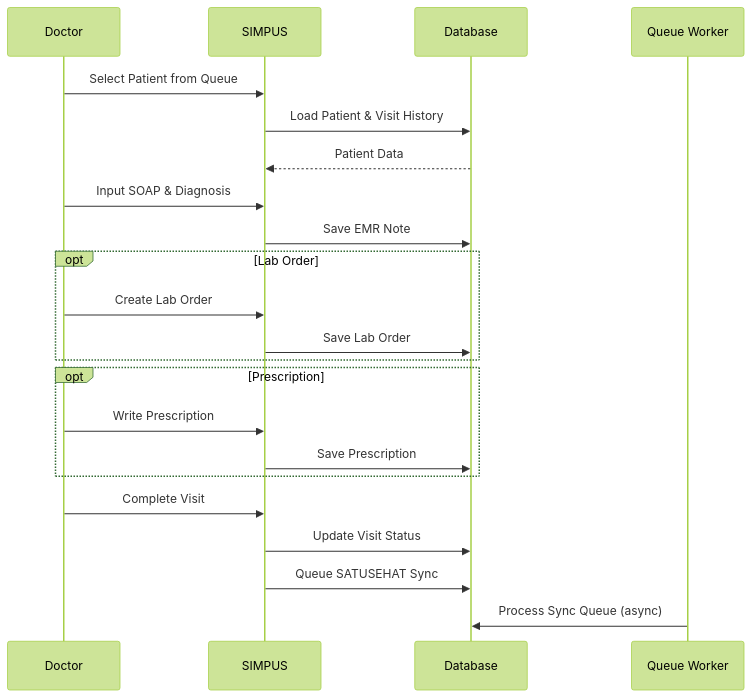
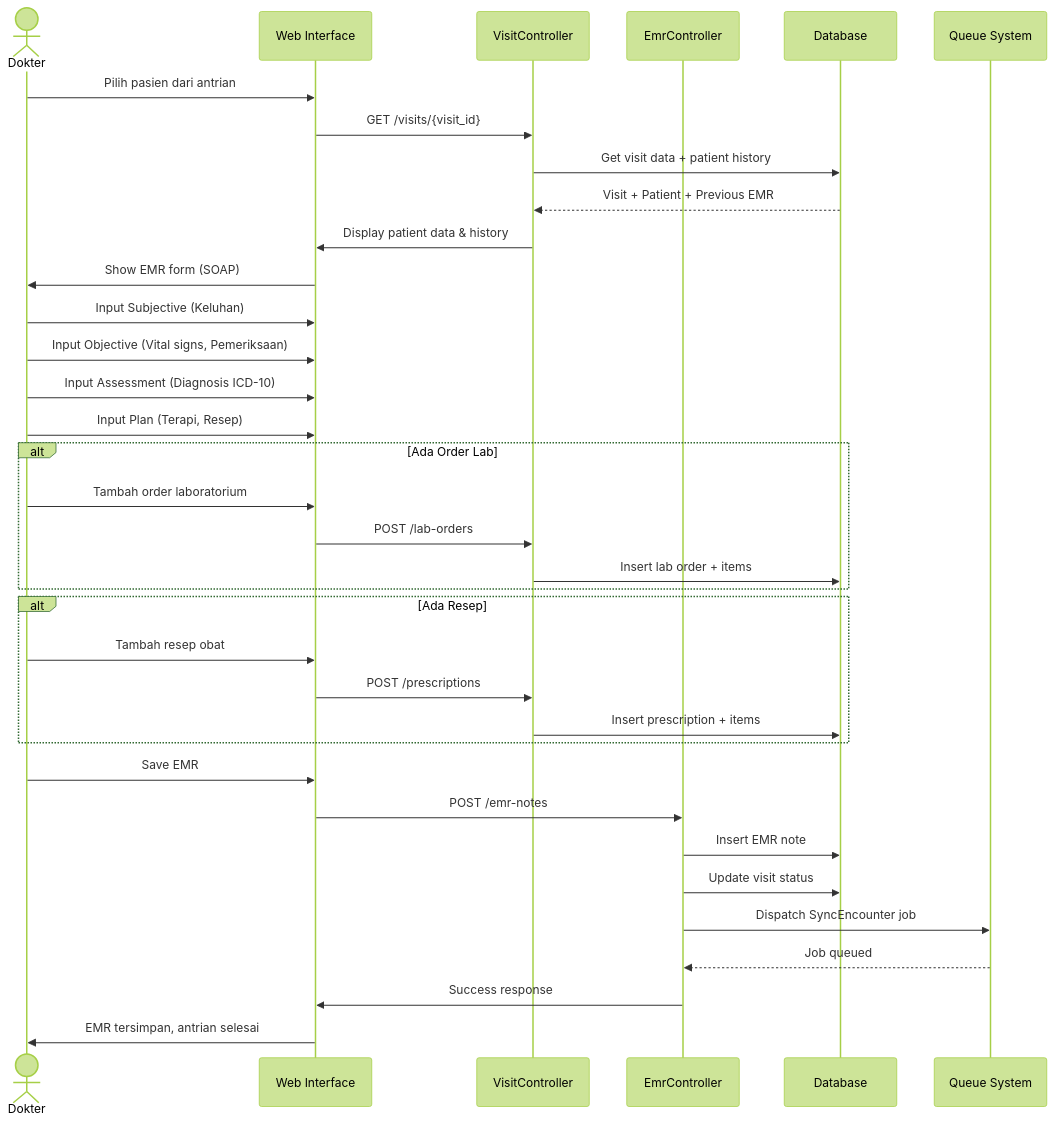
Before and after one commit to Haluluya/Simpus: the ninth of 12 diagrams in docs/ARCHITECTURE.md, drawn with Mermaid (forest theme). The commit also changed other lines of this file and 35 other files, not shown here.

````diff
--- a/docs/ARCHITECTURE.md
+++ b/docs/ARCHITECTURE.md
@@ -332,25 +600,42 @@
 ```mermaid
 sequenceDiagram
-    participant D as Doctor
-    participant S as SIMPUS
+    actor Dokter
+    participant UI as Web Interface
+    participant Ctrl as VisitController
+    participant EmrCtrl as EmrController
     participant DB as Database
-    participant Q as Queue Worker
+    participant Queue as Queue System
 
-    D->>S: Select Patient from Queue
-    S->>DB: Load Patient & Visit History
-    DB-->>S: Patient Data
-    D->>S: Input SOAP & Diagnosis
-    S->>DB: Save EMR Note
-    opt Lab Order
-        D->>S: Create Lab Order
-        S->>DB: Save Lab Order
+    Dokter->>UI: Pilih pasien dari antrian
+    UI->>Ctrl: GET /visits/{visit_id}
+    Ctrl->>DB: Get visit data + patient history
+    DB-->>Ctrl: Visit + Patient + Previous EMR
+    Ctrl->>UI: Display patient data & history
+    UI->>Dokter: Show EMR form (SOAP)
+
+    Dokter->>UI: Input Subjective (Keluhan)
+    Dokter->>UI: Input Objective (Vital signs, Pemeriksaan)
+    Dokter->>UI: Input Assessment (Diagnosis ICD-10)
+    Dokter->>UI: Input Plan (Terapi, Resep)
+
+    alt Ada Order Lab
+        Dokter->>UI: Tambah order laboratorium
+        UI->>Ctrl: POST /lab-orders
+        Ctrl->>DB: Insert lab order + items
     end
-    opt Prescription
-        D->>S: Write Prescription
-        S->>DB: Save Prescription
+
+    alt Ada Resep
+        Dokter->>UI: Tambah resep obat
+        UI->>Ctrl: POST /prescriptions
+        Ctrl->>DB: Insert prescription + items
     end
-    D->>S: Complete Visit
-    S->>DB: Update Visit Status
-    S->>DB: Queue SATUSEHAT Sync
-    Q->>DB: Process Sync Queue (async)
+
+    Dokter->>UI: Save EMR
+    UI->>EmrCtrl: POST /emr-notes
+    EmrCtrl->>DB: Insert EMR note
+    EmrCtrl->>DB: Update visit status
+    EmrCtrl->>Queue: Dispatch SyncEncounter job
+    Queue-->>EmrCtrl: Job queued
+    EmrCtrl->>UI: Success response
+    UI->>Dokter: EMR tersimpan, antrian selesai
 ```
````
